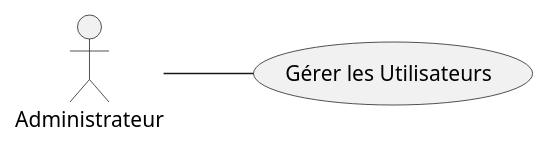
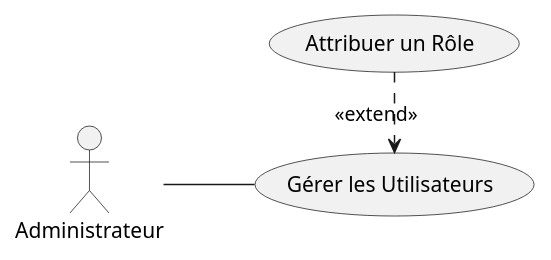
One commit to le3shiri/Blog-solicode-personel changed the diagram in fonctionnel - UC/usecase.puml. Above: the diagram before and after it, drawn with PlantUML.

Commit message:
adding use case

```diff
--- a/fonctionnel - UC/usecase.puml
+++ b/fonctionnel - UC/usecase.puml
@@ -1,10 +1,12 @@
 @startuml
 left to right direction
 actor "Administrateur" as Admin
 
   usecase "Gérer les Utilisateurs" as UC_Users
+   usecase "Attribuer un Rôle" as UC_Roles
 
 
 Admin -- UC_Users
 
+UC_Roles .> UC_Users : <<extend>>
 @enduml
```
